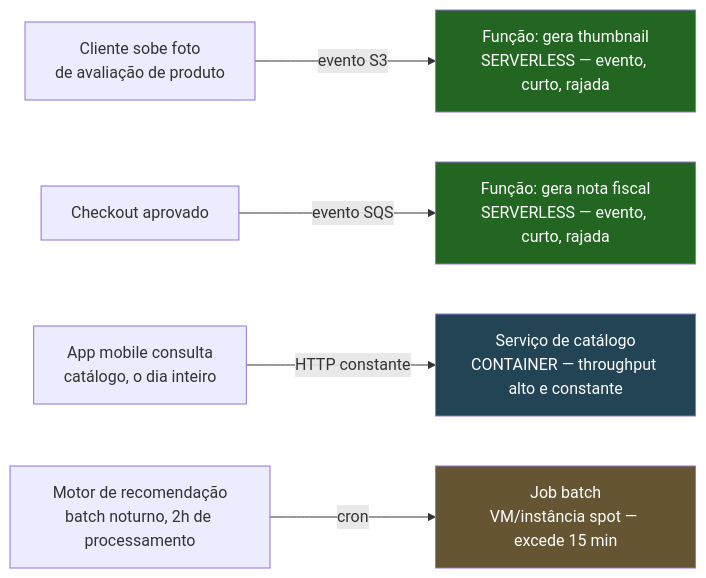
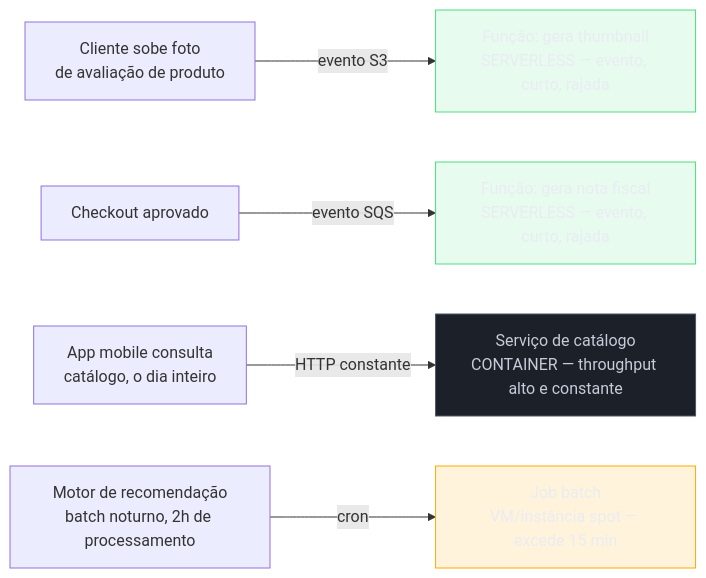
One commit to josenaldo/codex-technomanticus changed the second of 4 diagrams in 03-Dominios/Tecnologia/Cloud/11 - Serverless e FaaS — Lambda a fundo/06 - Quando serverless faz (e não faz) sentido.md. Above: the diagram before and after it, drawn with Mermaid. The commit also changed other lines of this file and 1181 other files, not shown here.

First line of the commit message:
fix(diagramas): paleta do sistema no lugar de cor cravada no markdown

````diff
--- a/03-Dominios/Tecnologia/Cloud/11 - Serverless e FaaS — Lambda a fundo/06 - Quando serverless faz (e não faz) sentido.md
+++ b/03-Dominios/Tecnologia/Cloud/11 - Serverless e FaaS — Lambda a fundo/06 - Quando serverless faz (e não faz) sentido.md
@@ -158,12 +161,15 @@
 ```mermaid
 flowchart LR
+    classDef ok fill:#4ADE8021,stroke:#4ADE80,color:#E9ECF2
+    classDef neutro fill:#1B2029,stroke:#4E5666,color:#C6CCD8
+    classDef destaque fill:#FFAA0024,stroke:#FFAA00,color:#E9ECF2
     Upload["Cliente sobe foto<br/>de avaliação de produto"] -->|"evento S3"| Thumb["Função: gera thumbnail<br/>SERVERLESS — evento, curto, rajada"]
     Pedido["Checkout aprovado"] -->|"evento SQS"| Fatura["Função: gera nota fiscal<br/>SERVERLESS — evento, curto, rajada"]
     API["App mobile consulta<br/>catálogo, o dia inteiro"] -->|"HTTP constante"| Catalogo["Serviço de catálogo<br/>CONTAINER — throughput alto e constante"]
     Recom["Motor de recomendação<br/>batch noturno, 2h de processamento"] -->|"cron"| Batch["Job batch<br/>VM/instância spot — excede 15 min"]
 
-    style Thumb fill:#262,color:#fff
-    style Fatura fill:#262,color:#fff
-    style Catalogo fill:#245,color:#fff
-    style Batch fill:#653,color:#fff
+    class Thumb ok
+    class Fatura ok
+    class Catalogo neutro
+    class Batch destaque
 ```
````
